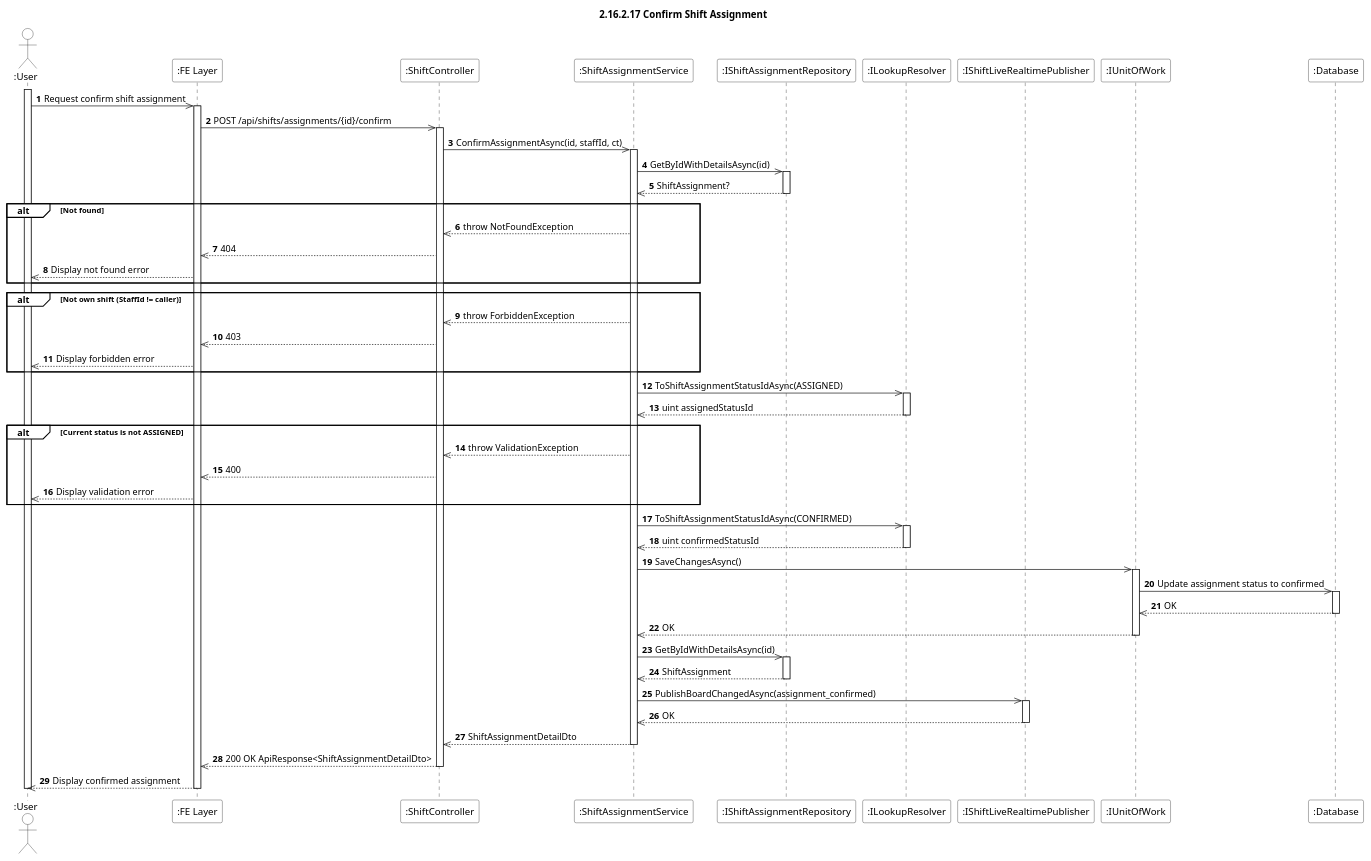
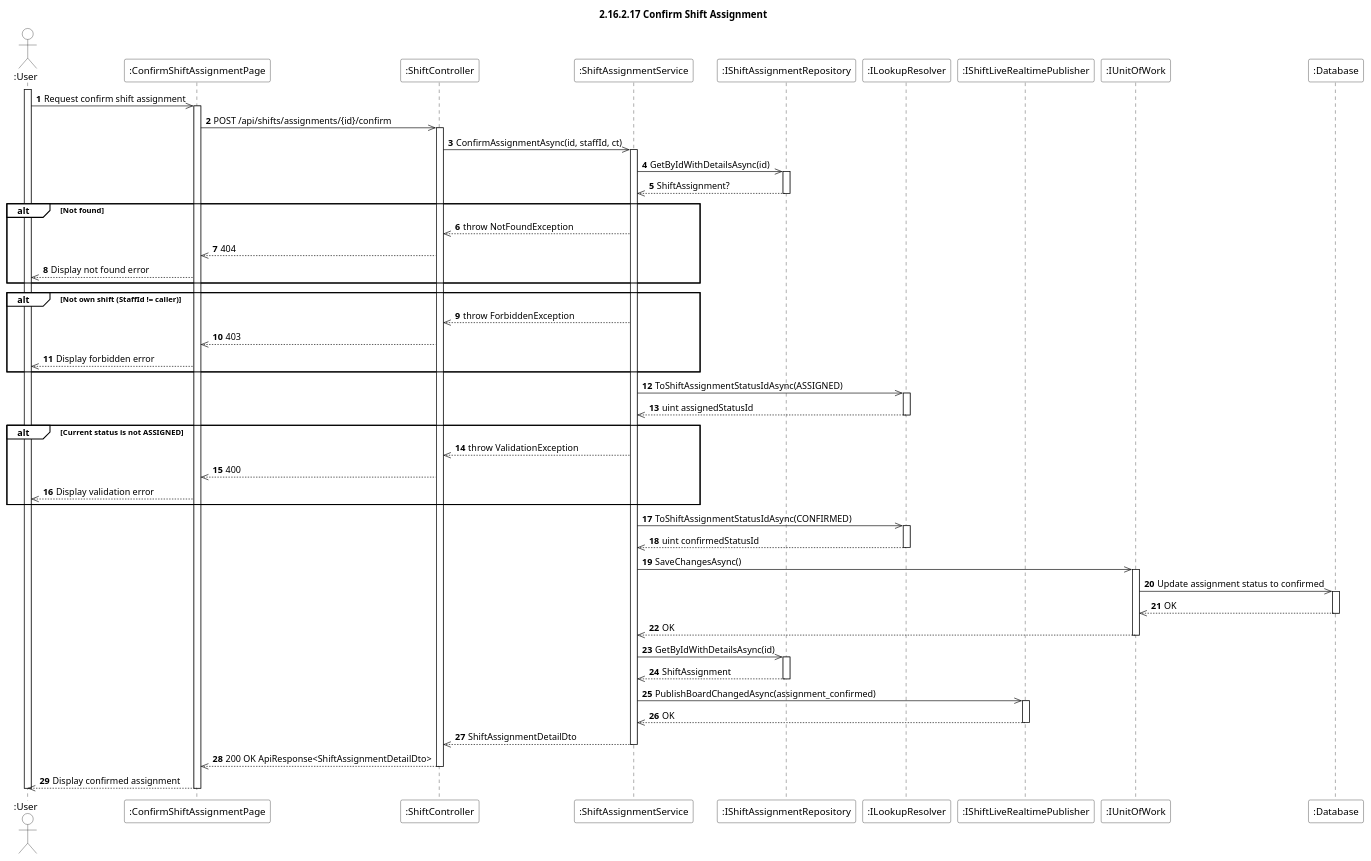
The diagram in Docs/Software Design Specification/Shift Management/sequence-diagrams/2.16.2.17-confirm-shift-assignment.puml (aulacvietnameseeatery-source/aulac_be), drawn with PlantUML before and after one commit. The commit also changed 27 other files, not shown here.

First line of the commit message:
Refactor sequence diagrams for Inventory and Shift Management

```diff
--- a/Docs/Software Design Specification/Shift Management/sequence-diagrams/2.16.2.17-confirm-shift-assignment.puml
+++ b/Docs/Software Design Specification/Shift Management/sequence-diagrams/2.16.2.17-confirm-shift-assignment.puml
@@ -1,86 +1,86 @@
 @startuml
 autonumber
 title 2.16.2.17 Confirm Shift Assignment
 skinparam sequence {
     ParticipantBackgroundColor #ffffff
     ActorBackgroundColor #ffffff
 }
 
 actor ":User" as U
-participant ":FE Layer" as Client
+participant ":ConfirmShiftAssignmentPage" as Client
 participant ":ShiftController" as Ctrl
 participant ":ShiftAssignmentService" as Svc
 participant ":IShiftAssignmentRepository" as ARepo
 participant ":ILookupResolver" as Lookup
 participant ":IShiftLiveRealtimePublisher" as RT
 participant ":IUnitOfWork" as UoW
 participant ":Database" as DB
 
 activate U
 U ->> Client : Request confirm shift assignment
 activate Client
 Client ->> Ctrl : POST /api/shifts/assignments/{id}/confirm
 activate Ctrl
 Ctrl ->> Svc : ConfirmAssignmentAsync(id, staffId, ct)
 activate Svc
 
 Svc ->> ARepo : GetByIdWithDetailsAsync(id)
 activate ARepo
 ARepo -->> Svc : ShiftAssignment?
 deactivate ARepo
 
 alt#White Not found
     Svc -->> Ctrl : throw NotFoundException
     Ctrl -->> Client : 404
     Client -->> U : Display not found error
 end
 alt#White Not own shift (StaffId != caller)
     Svc -->> Ctrl : throw ForbiddenException
     Ctrl -->> Client : 403
     Client -->> U : Display forbidden error
 end
 
 Svc ->> Lookup : ToShiftAssignmentStatusIdAsync(ASSIGNED)
 activate Lookup
 Lookup -->> Svc : uint assignedStatusId
 deactivate Lookup
 
 alt#White Current status is not ASSIGNED
     Svc -->> Ctrl : throw ValidationException
     Ctrl -->> Client : 400
     Client -->> U : Display validation error
 end
 
 Svc ->> Lookup : ToShiftAssignmentStatusIdAsync(CONFIRMED)
 activate Lookup
 Lookup -->> Svc : uint confirmedStatusId
 deactivate Lookup
 
 Svc ->> UoW : SaveChangesAsync()
 activate UoW
 UoW ->> DB : Update assignment status to confirmed
 activate DB
 DB -->> UoW : OK
 deactivate DB
 UoW -->> Svc : OK
 deactivate UoW
 
 Svc ->> ARepo : GetByIdWithDetailsAsync(id)
 activate ARepo
 ARepo -->> Svc : ShiftAssignment
 deactivate ARepo
 
 Svc ->> RT : PublishBoardChangedAsync(assignment_confirmed)
 activate RT
 RT -->> Svc : OK
 deactivate RT
 
 Svc -->> Ctrl : ShiftAssignmentDetailDto
 deactivate Svc
 Ctrl -->> Client : 200 OK ApiResponse<ShiftAssignmentDetailDto>
 deactivate Ctrl
 Client -->> U : Display confirmed assignment
 deactivate Client
 deactivate U
 
 @enduml
```
